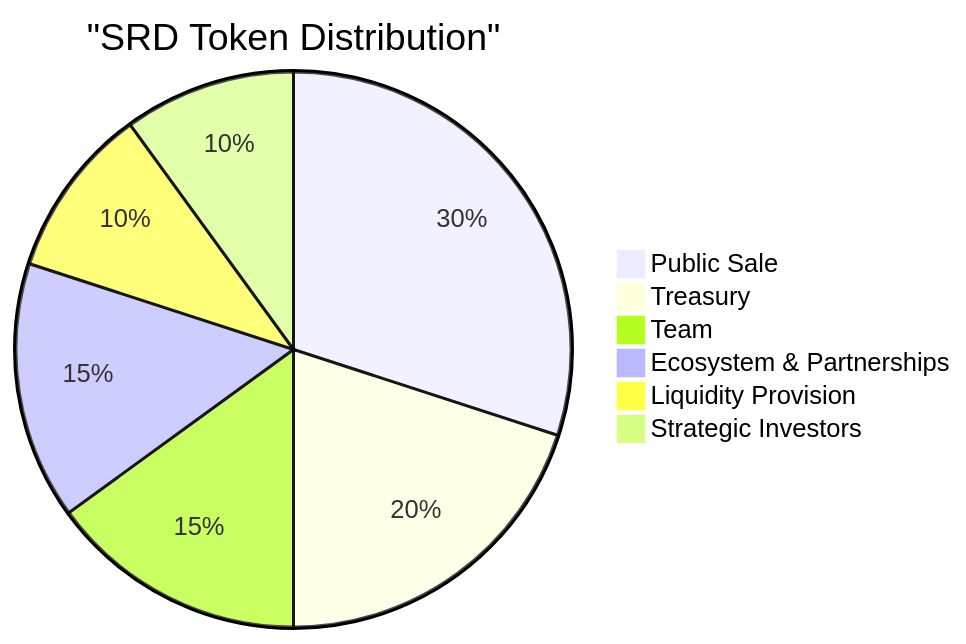
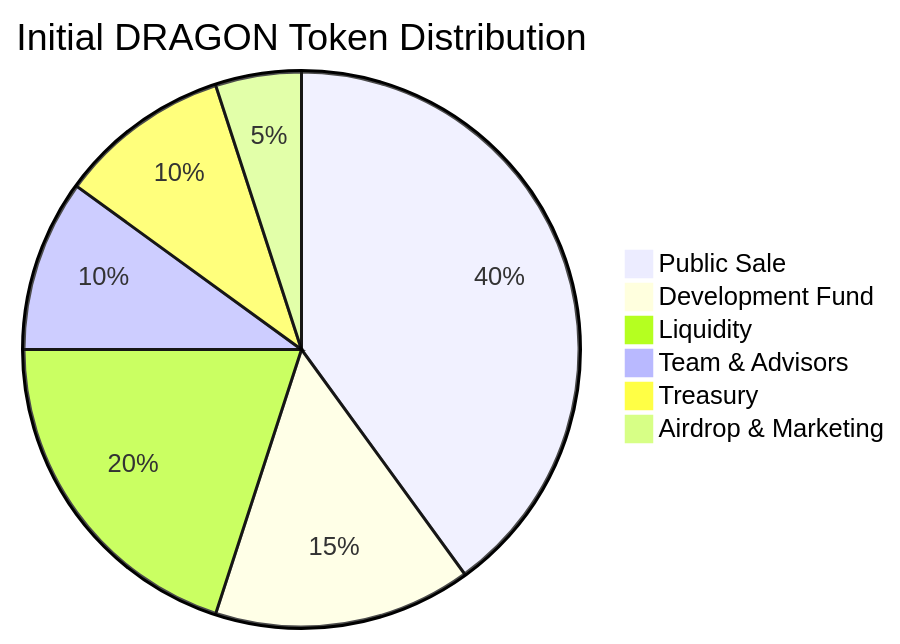
One commit to wenakita/sonicreddragon-docs changed the first of 5 diagrams in docs/concepts/tokenomics.md. Above: the diagram before and after it, drawn with Mermaid. The commit also changed other lines of this file and 5 other files, not shown here.

````diff
--- a/docs/concepts/tokenomics.md
+++ b/docs/concepts/tokenomics.md
@@ -21,10 +26,9 @@
 ```mermaid
-pie
-    title "SRD Token Distribution"
-    "Public Sale" : 30
-    "Treasury" : 20
-    "Team" : 15
-    "Ecosystem & Partnerships" : 15
-    "Liquidity Provision" : 10
-    "Strategic Investors" : 10
+pie title Initial DRAGON Token Distribution
+    "Public Sale" : 40
+    "Development Fund" : 15
+    "Liquidity" : 20
+    "Team & Advisors" : 10
+    "Treasury" : 10
+    "Airdrop & Marketing" : 5
 ```
````
